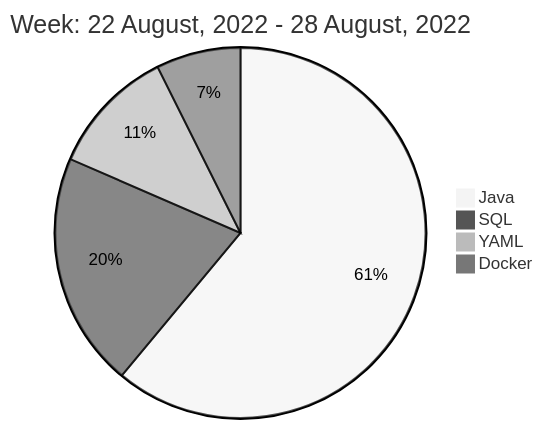
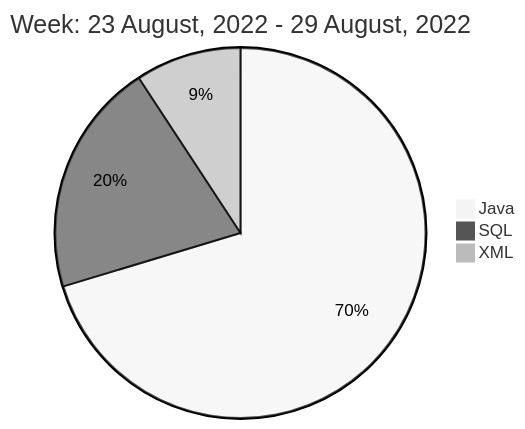
One commit to liubin95/liubin95 changed the diagram in README.md. Above: the diagram before and after it, drawn with Mermaid (neutral theme).

Commit message:
Updated the Graph with new Metrics

````diff
--- a/README.md
+++ b/README.md
@@ -40,8 +40,7 @@
 ```mermaid
  pie
-title Week: 22 August, 2022 - 28 August, 2022
- "Java" : 5.22
- "SQL" : 1.75
- "YAML" : 0.95
- "Docker" : 0.63
+title Week: 23 August, 2022 - 29 August, 2022
+ "Java" : 4.72
+ "SQL" : 1.37
+ "XML" : 0.62
 ```
````
